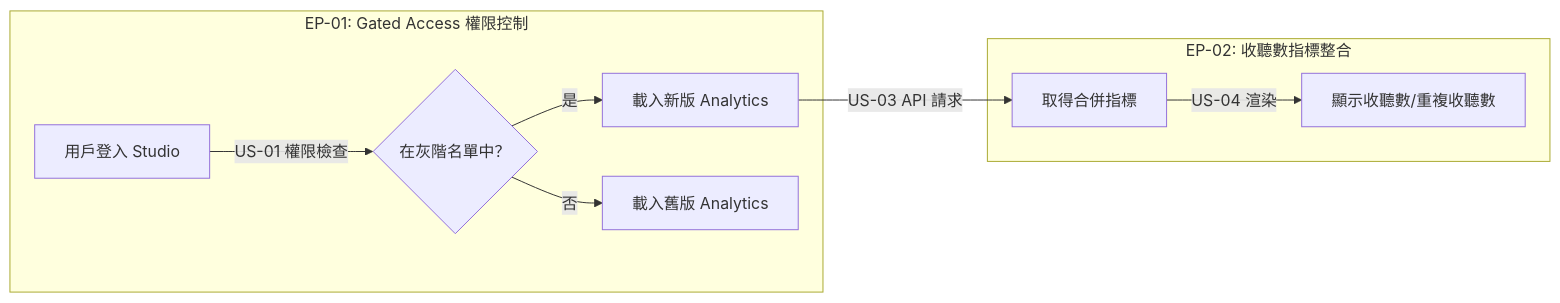
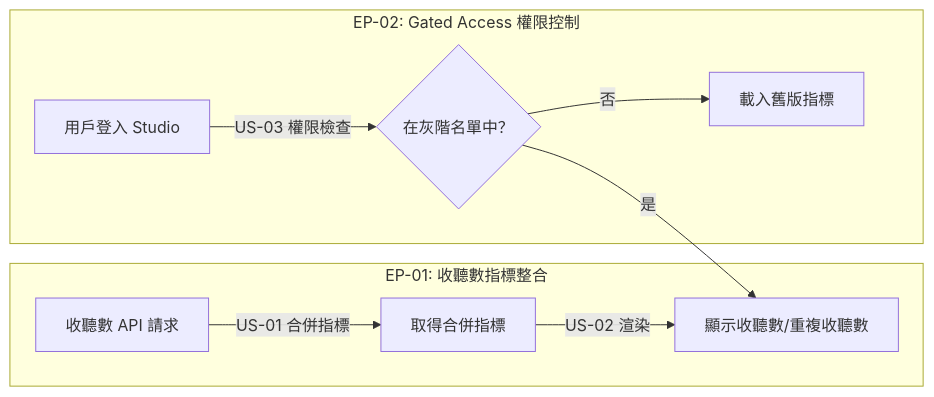
The diagram in features/spotify-gated-release/user-story.md (jeremy880119/pm-as-builder), drawn with Mermaid before and after one commit. The commit also changed other lines of this file and 1 other file, not shown here.

First line of the commit message:
wireframe(spotify-gated-release): 重構 EP/US 順序、新增 Dashboard 範圍、補充趨勢圖標註

````diff
--- a/features/spotify-gated-release/user-story.md
+++ b/features/spotify-gated-release/user-story.md
@@ -26,13 +26,13 @@
 ```mermaid
 flowchart LR
-    subgraph "EP-01: Gated Access 權限控制"
-        A["用戶登入 Studio"] -->|"US-01 權限檢查"| B{"在灰階名單中？"}
-        B -->|"是"| C["載入新版 Analytics"]
-        B -->|"否"| D["載入舊版 Analytics"]
+    subgraph "EP-01: 收聽數指標整合"
+        A["收聽數 API 請求"] -->|"US-01 合併指標"| B["取得合併指標"]
+        B -->|"US-02 渲染"| C["顯示收聽數/重複收聽數"]
     end
 
-    subgraph "EP-02: 收聽數指標整合"
-        C -->|"US-03 API 請求"| E["取得合併指標"]
-        E -->|"US-04 渲染"| F["顯示收聽數/重複收聽數"]
+    subgraph "EP-02: Gated Access 權限控制"
+        D["用戶登入 Studio"] -->|"US-03 權限檢查"| E{"在灰階名單中？"}
+        E -->|"是"| C
+        E -->|"否"| F["載入舊版指標"]
     end
 ```
````
